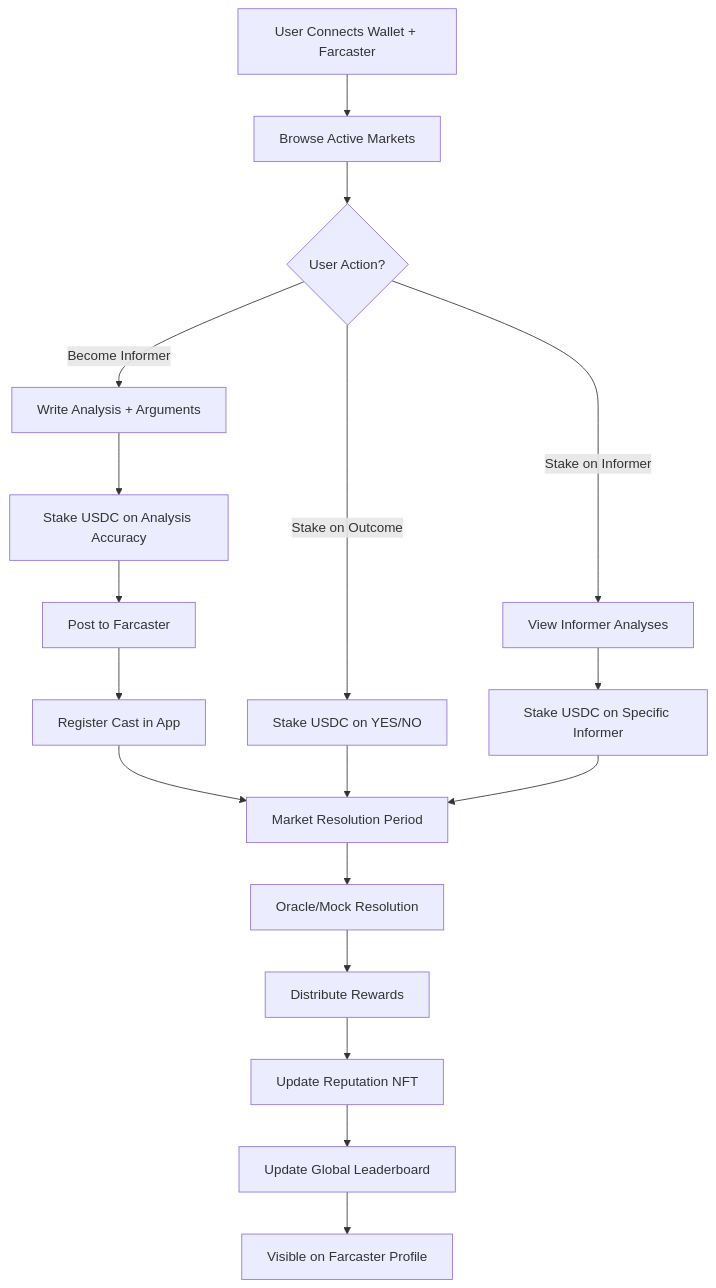
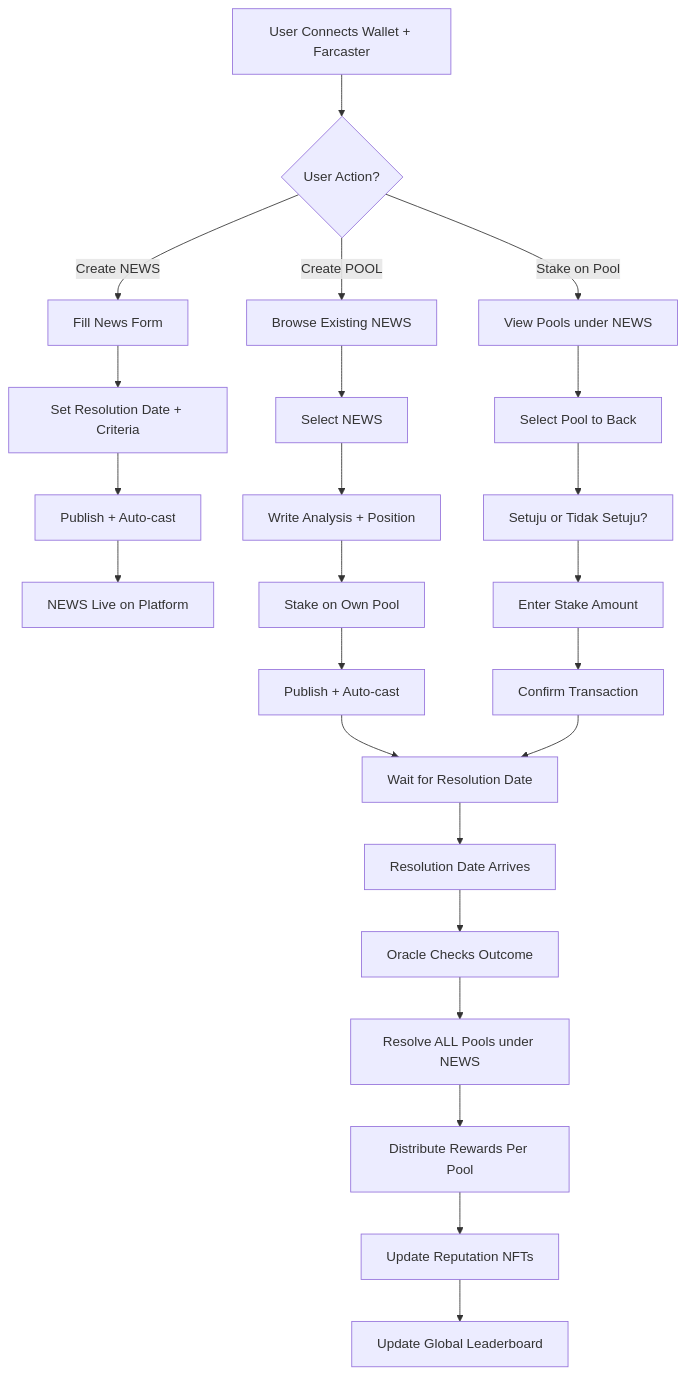
Before and after one commit to luthfidi/forter-news: the first of 2 diagrams in README.MD, drawn with Mermaid. The commit also changed other lines of this file, not shown here.

````diff
--- a/README.MD
+++ b/README.MD
@@ -172,26 +237,32 @@
 ```mermaid
 flowchart TD
-    Start[User Connects Wallet + Farcaster] --> Browse[Browse Active Markets]
-    Browse --> Choice{User Action?}
-    
-    Choice -->|Become Informer| WriteAnalysis[Write Analysis + Arguments]
-    WriteAnalysis --> StakeAnalysis[Stake USDC on Analysis Accuracy]
-    StakeAnalysis --> PostFarcaster[Post to Farcaster]
-    PostFarcaster --> RegisterCast[Register Cast in App]
-    
-    Choice -->|Stake on Outcome| StakeOutcome[Stake USDC on YES/NO]
-    
-    Choice -->|Stake on Informer| ViewInformers[View Informer Analyses]
-    ViewInformers --> StakeInformer[Stake USDC on Specific Informer]
-    
-    RegisterCast --> MarketResolve[Market Resolution Period]
-    StakeOutcome --> MarketResolve
-    StakeInformer --> MarketResolve
-    
-    MarketResolve --> Oracle[Oracle/Mock Resolution]
-    Oracle --> Distribute[Distribute Rewards]
-    
-    Distribute --> UpdateRep[Update Reputation NFT]
-    UpdateRep --> Leaderboard[Update Global Leaderboard]
-    Leaderboard --> SocialProof[Visible on Farcaster Profile]
+    Start[User Connects Wallet + Farcaster] --> Choice{User Action?}
+
+    Choice -->|Create NEWS| NewsForm[Fill News Form]
+    NewsForm --> SetTimeline[Set Resolution Date + Criteria]
+    SetTimeline --> PublishNews[Publish + Auto-cast]
+    PublishNews --> NewsLive[NEWS Live on Platform]
+
+    Choice -->|Create POOL| BrowseNews[Browse Existing NEWS]
+    BrowseNews --> SelectNews[Select NEWS]
+    SelectNews --> PoolForm[Write Analysis + Position]
+    PoolForm --> StakePool[Stake on Own Pool]
+    StakePool --> PublishPool[Publish + Auto-cast]
+
+    Choice -->|Stake on Pool| ViewPools[View Pools under NEWS]
+    ViewPools --> SelectPool[Select Pool to Back]
+    SelectPool --> ChoosePosition[Setuju or Tidak Setuju?]
+    ChoosePosition --> StakeAmount[Enter Stake Amount]
+    StakeAmount --> ConfirmStake[Confirm Transaction]
+
+    PublishPool --> WaitResolve[Wait for Resolution Date]
+    ConfirmStake --> WaitResolve
+
+    WaitResolve --> CheckDate[Resolution Date Arrives]
+    CheckDate --> Oracle[Oracle Checks Outcome]
+    Oracle --> ResolveAll[Resolve ALL Pools under NEWS]
+
+    ResolveAll --> DistributePools[Distribute Rewards Per Pool]
+    DistributePools --> UpdateNFT[Update Reputation NFTs]
+    UpdateNFT --> Leaderboard[Update Global Leaderboard]
 ```
````
